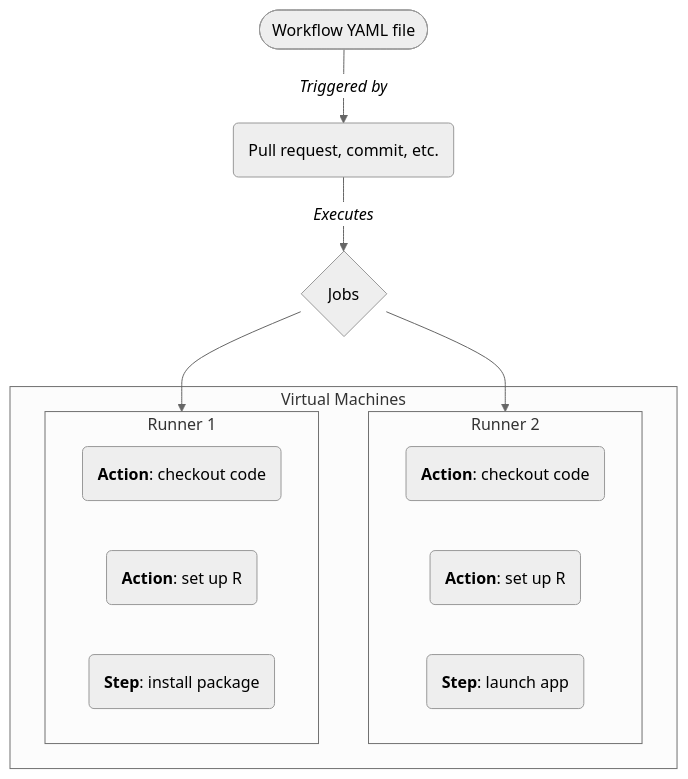
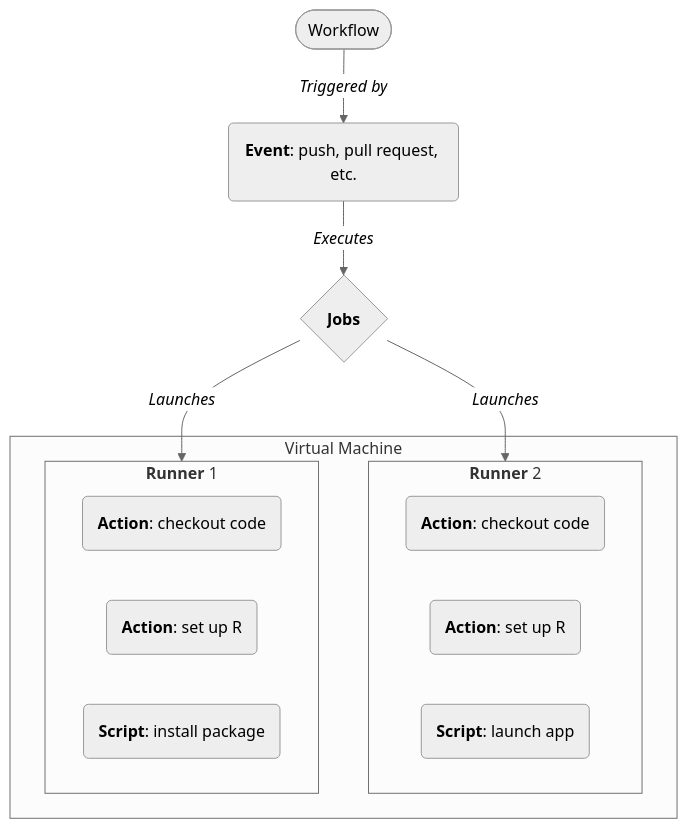
Before and after one commit to mjfrigaard/shiny-app-pkgs: the fourth of 8 diagrams in gha.qmd, drawn with Mermaid. The commit also changed other lines of this file and 8 other files, not shown here.

````diff
--- a/gha.qmd
+++ b/gha.qmd
@@ -272,23 +264,23 @@
 ```{mermaid}
 %%| fig-align: center
 %%{init: {'theme': 'neutral', 'themeVariables': { 'fontFamily': 'monospace', "fontSize":"16px"}}}%%
 
 flowchart 
-  workflow(["Workflow YAML file"]) -->|"<em>Triggered by<em>"| event("Pull request, commit, etc.")
+  workflow(["Workflow"]) -->|"<em>Triggered by<em>"| event("<strong>Event</strong>: push, pull request, etc.")
   
-  subgraph VM["Virtual Machines"]
-    subgraph runner02[Runner 2]
+  subgraph VM["Virtual Machine"]
+    subgraph runner02["<strong>Runner</strong> 2"]
         action02a("<strong>Action</strong>: checkout code")
         action02b("<strong>Action</strong>: set up R")
-        step02a("<strong>Step</strong>: launch app")
+        step02a("<strong>Script</strong>: launch app")
     end
-    subgraph runner01[Runner 1]
+    subgraph runner01["<strong>Runner</strong> 1"]
         action01a("<strong>Action</strong>: checkout code")
         action01b("<strong>Action</strong>: set up R")
-        step01a("<strong>Step</strong>: install package")
+        step01a("<strong>Script</strong>: install package")
     end
   end
 
-  event --> |"<em>Executes</em>"| Jobs{"Jobs"}
-  Jobs --> runner01 & runner02
+  event --> |"<em>Executes</em>"| Jobs{"<strong>Jobs</strong>"}
+  Jobs --> |"<em>Launches</em>"|runner01 & runner02
 ```
````
